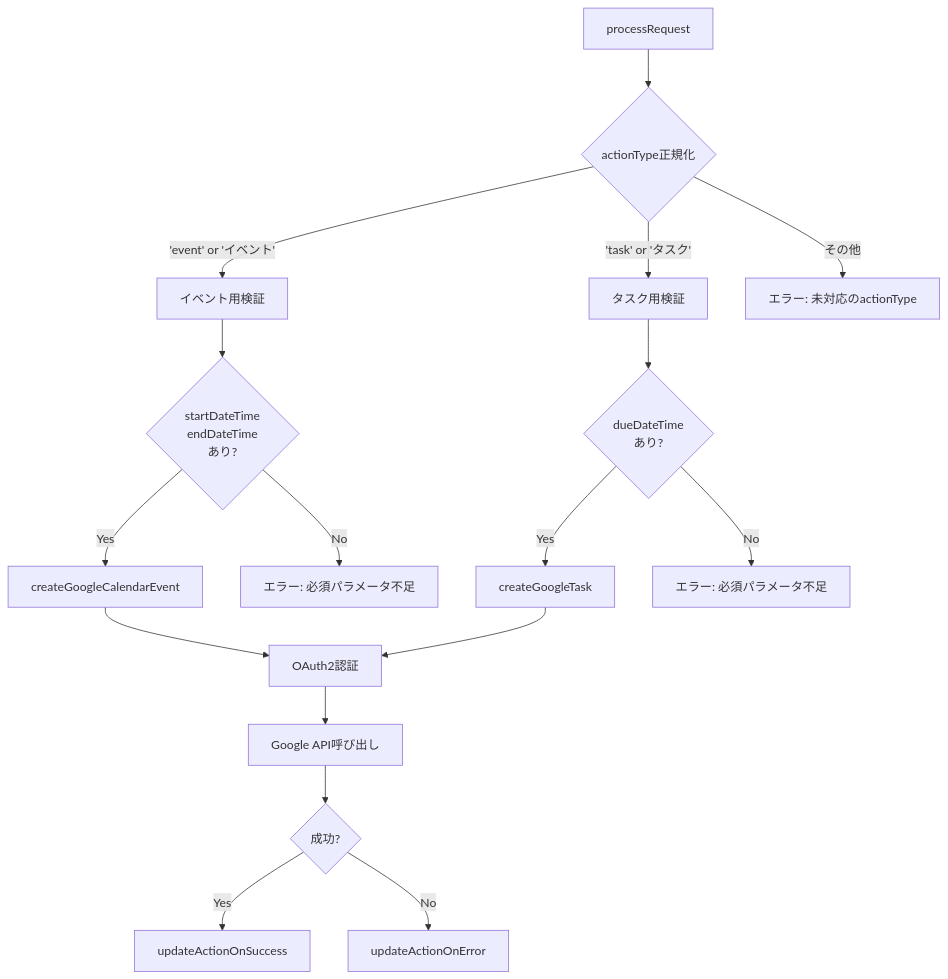
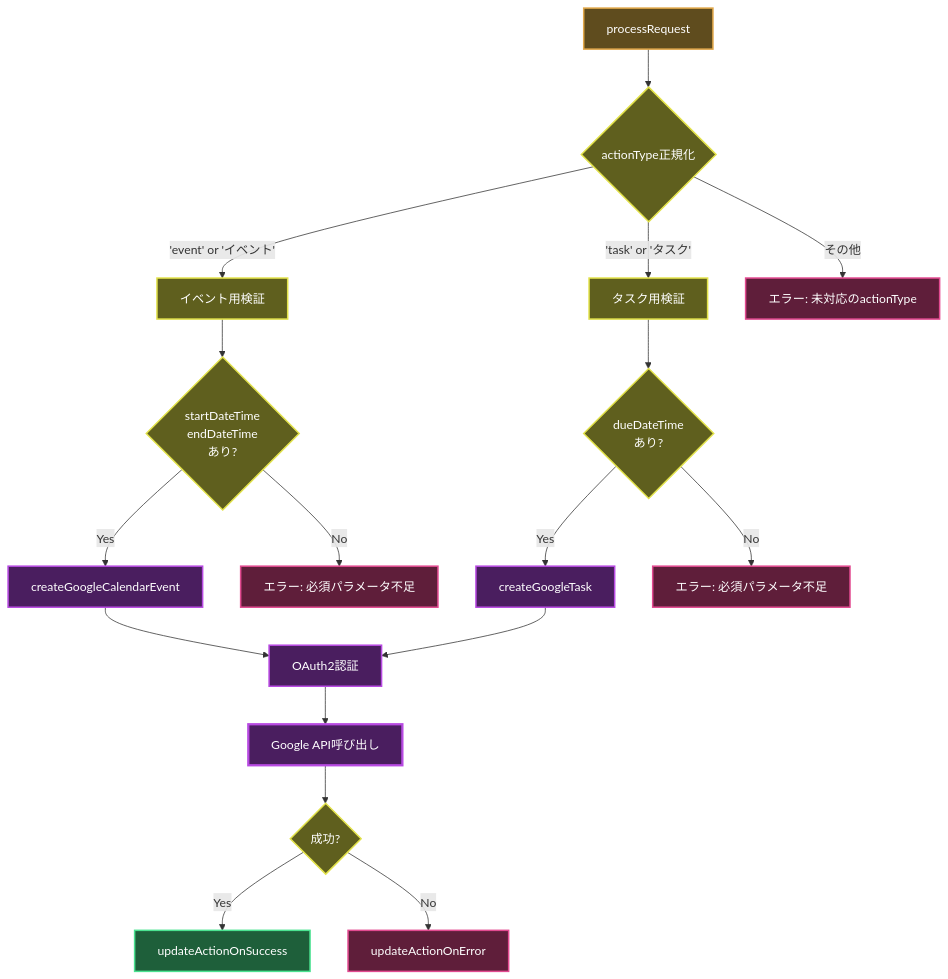
Before and after one commit to tasai-lab/appsheet-gas-automation: the fifth of 5 diagrams in gas_projects/Appsheet_通話_イベント・タスク作成/SCRIPT_ARCHITECTURE.md, drawn with Mermaid. The commit also changed other lines of this file and 4 other files, not shown here.

First line of the commit message:
docs: 全ての図に配色ガイドライン準拠の配色を適用

````diff
--- a/gas_projects/Appsheet_通話_イベント・タスク作成/SCRIPT_ARCHITECTURE.md
+++ b/gas_projects/Appsheet_通話_イベント・タスク作成/SCRIPT_ARCHITECTURE.md
@@ -217,22 +228,40 @@
 ```mermaid
 graph TD
     A[processRequest] --> B{actionType正規化}
     B -->|'event' or 'イベント'| C[イベント用検証]
     B -->|'task' or 'タスク'| D[タスク用検証]
     B -->|その他| E[エラー: 未対応のactionType]
     
     C --> F{startDateTime<br/>endDateTime<br/>あり?}
     F -->|Yes| G[createGoogleCalendarEvent]
     F -->|No| H[エラー: 必須パラメータ不足]
     
     D --> I{dueDateTime<br/>あり?}
     I -->|Yes| J[createGoogleTask]
     I -->|No| K[エラー: 必須パラメータ不足]
     
     G --> L[OAuth2認証]
     J --> L
     L --> M[Google API呼び出し]
     M --> N{成功?}
     N -->|Yes| O[updateActionOnSuccess]
     N -->|No| P[updateActionOnError]
+    
+    %% スタイル定義（ダークモード対応）
+    style A fill:#5f4c1e,stroke:#e2a84a,stroke-width:2px,color:#fff
+    style B fill:#5f5f1e,stroke:#e2e24a,stroke-width:2px,color:#fff
+    style C fill:#5f5f1e,stroke:#e2e24a,stroke-width:2px,color:#fff
+    style D fill:#5f5f1e,stroke:#e2e24a,stroke-width:2px,color:#fff
+    style E fill:#5f1e3a,stroke:#e24a90,stroke-width:2px,color:#fff
+    style F fill:#5f5f1e,stroke:#e2e24a,stroke-width:2px,color:#fff
+    style G fill:#4a1e5f,stroke:#b84ae2,stroke-width:2px,color:#fff
+    style H fill:#5f1e3a,stroke:#e24a90,stroke-width:2px,color:#fff
+    style I fill:#5f5f1e,stroke:#e2e24a,stroke-width:2px,color:#fff
+    style J fill:#4a1e5f,stroke:#b84ae2,stroke-width:2px,color:#fff
+    style K fill:#5f1e3a,stroke:#e24a90,stroke-width:2px,color:#fff
+    style L fill:#4a1e5f,stroke:#b84ae2,stroke-width:2px,color:#fff
+    style M fill:#4a1e5f,stroke:#b84ae2,stroke-width:3px,color:#fff
+    style N fill:#5f5f1e,stroke:#e2e24a,stroke-width:2px,color:#fff
+    style O fill:#1e5f3a,stroke:#4ae290,stroke-width:2px,color:#fff
+    style P fill:#5f1e3a,stroke:#e24a90,stroke-width:2px,color:#fff
 ```
````
